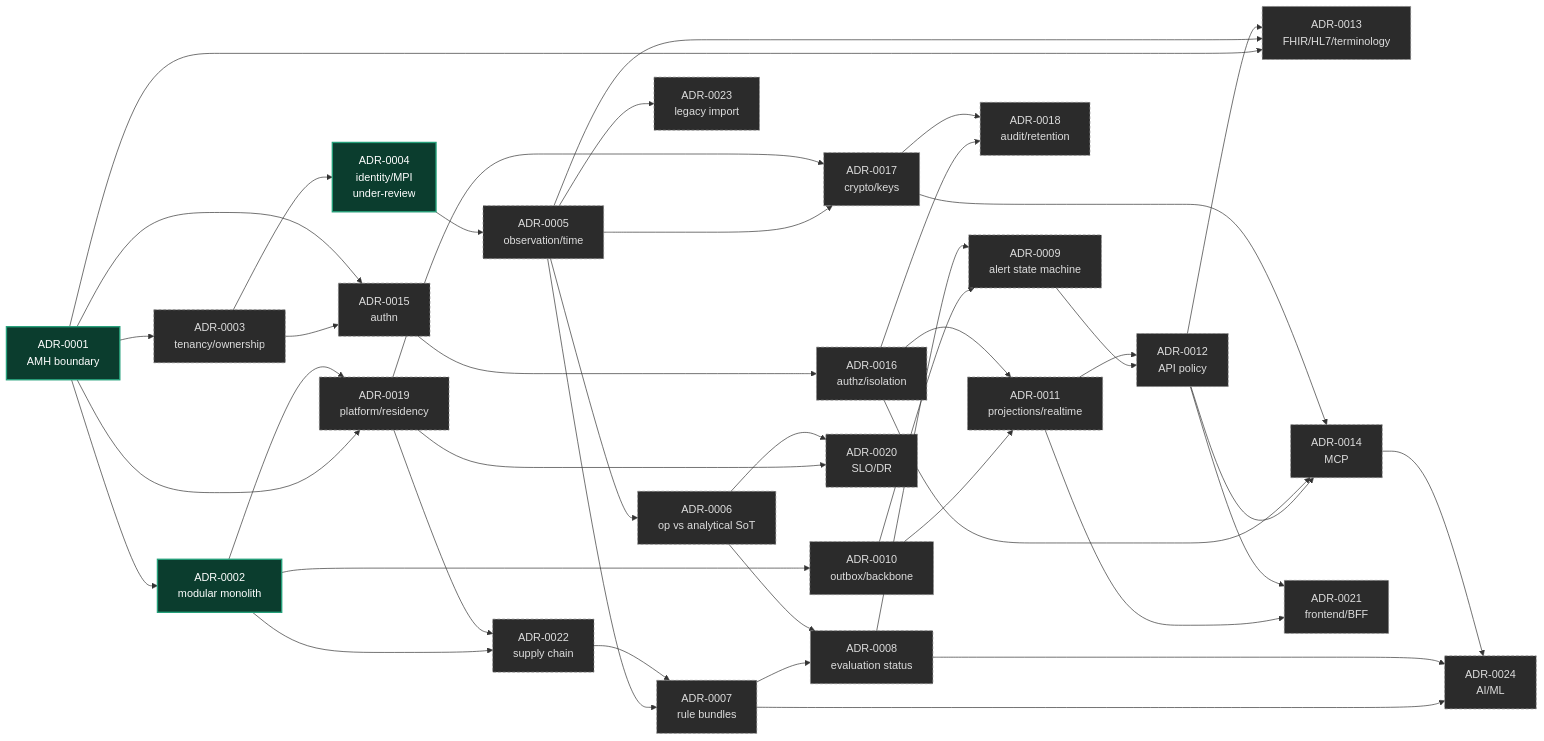
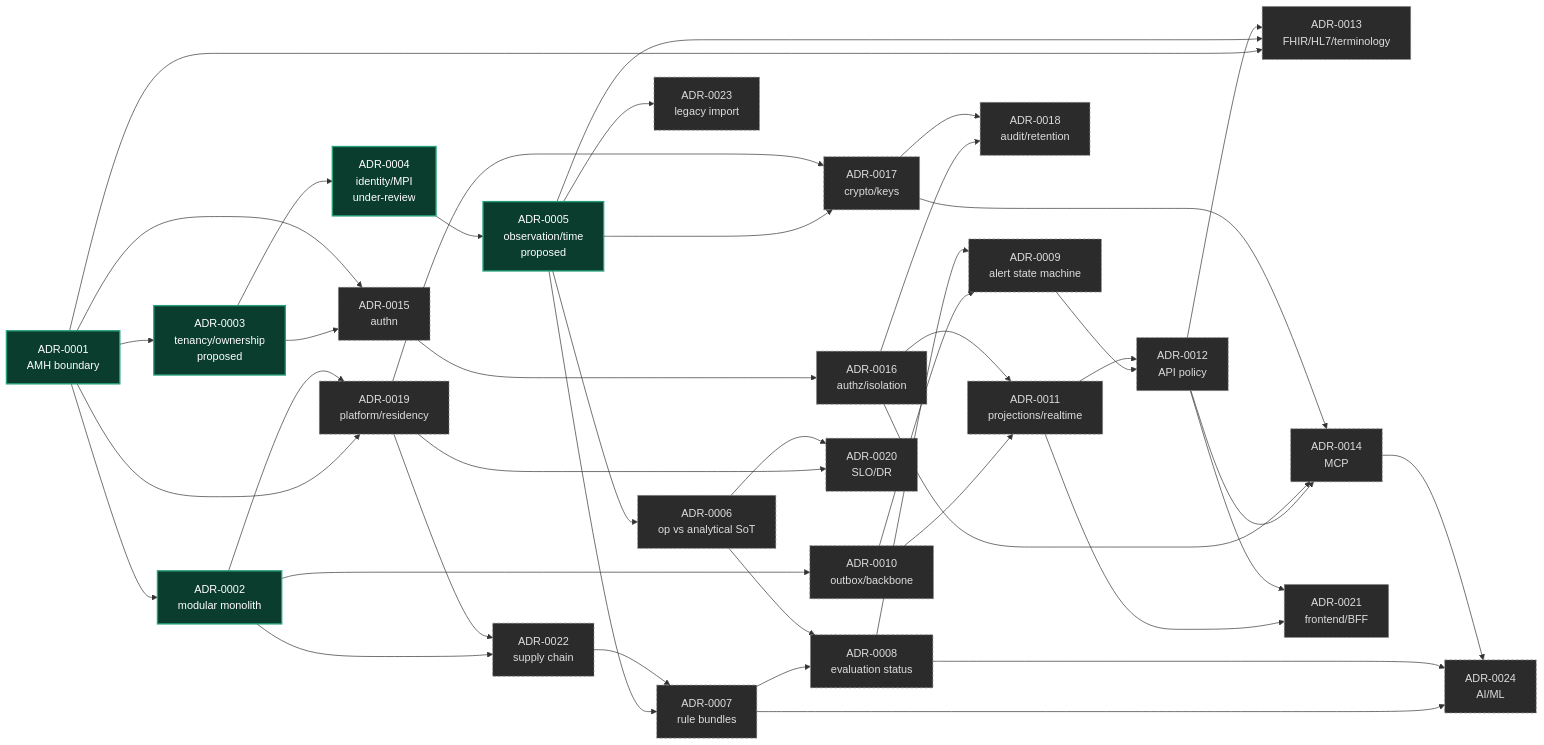
The second of 2 diagrams in docs/06-architecture/adrs/adr-index.md (Omni-Saude/intensicare-V2), drawn with Mermaid before and after one commit. The commit also changed other lines of this file and 22 other files, not shown here.

````diff
--- a/docs/06-architecture/adrs/adr-index.md
+++ b/docs/06-architecture/adrs/adr-index.md
@@ -230,59 +242,59 @@
 ```mermaid
 flowchart LR
     classDef drafted fill:#0b3d2e,stroke:#25a07a,stroke-width:2px,color:#ffffff
     classDef notstarted fill:#2b2b2b,stroke:#888888,stroke-dasharray:4 3,color:#dddddd
 
     A1["ADR-0001<br/>AMH boundary"]:::drafted
     A2["ADR-0002<br/>modular monolith"]:::drafted
-    A3["ADR-0003<br/>tenancy/ownership"]:::notstarted
+    A3["ADR-0003<br/>tenancy/ownership<br/>proposed"]:::drafted
     A4["ADR-0004<br/>identity/MPI<br/>under-review"]:::drafted
-    A5["ADR-0005<br/>observation/time"]:::notstarted
+    A5["ADR-0005<br/>observation/time<br/>proposed"]:::drafted
     A6["ADR-0006<br/>op vs analytical SoT"]:::notstarted
     A7["ADR-0007<br/>rule bundles"]:::notstarted
     A8["ADR-0008<br/>evaluation status"]:::notstarted
     A9["ADR-0009<br/>alert state machine"]:::notstarted
     A10["ADR-0010<br/>outbox/backbone"]:::notstarted
     A11["ADR-0011<br/>projections/realtime"]:::notstarted
     A12["ADR-0012<br/>API policy"]:::notstarted
     A13["ADR-0013<br/>FHIR/HL7/terminology"]:::notstarted
     A14["ADR-0014<br/>MCP"]:::notstarted
     A15["ADR-0015<br/>authn"]:::notstarted
     A16["ADR-0016<br/>authz/isolation"]:::notstarted
     A17["ADR-0017<br/>crypto/keys"]:::notstarted
     A18["ADR-0018<br/>audit/retention"]:::notstarted
     A19["ADR-0019<br/>platform/residency"]:::notstarted
     A20["ADR-0020<br/>SLO/DR"]:::notstarted
     A21["ADR-0021<br/>frontend/BFF"]:::notstarted
     A22["ADR-0022<br/>supply chain"]:::notstarted
     A23["ADR-0023<br/>legacy import"]:::notstarted
     A24["ADR-0024<br/>AI/ML"]:::notstarted
 
     A1 --> A2 --> A10 --> A9
     A1 --> A3 --> A4 --> A5 --> A6
     A5 --> A7 --> A8
     A6 --> A8 --> A9 --> A12
     A10 --> A11 --> A12
     A3 --> A15 --> A16 --> A11
     A1 --> A15
     A1 --> A13
     A5 --> A13
     A12 --> A13
     A12 --> A14
     A16 --> A14
     A17 --> A14
     A5 --> A17
     A19 --> A17
     A16 --> A18
     A17 --> A18
     A1 --> A19
     A2 --> A19 --> A20
     A6 --> A20
     A11 --> A21
     A12 --> A21
     A2 --> A22 --> A7
     A19 --> A22
     A5 --> A23
     A7 --> A24
     A8 --> A24
     A14 --> A24
 ```
````
